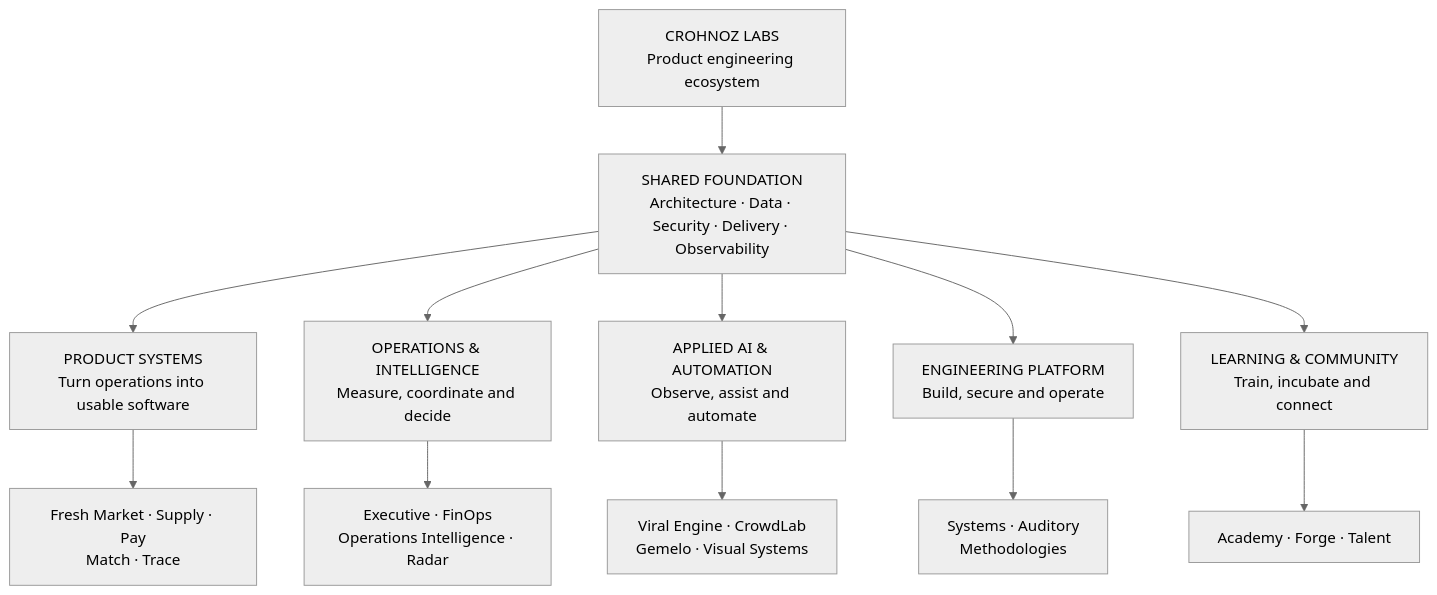
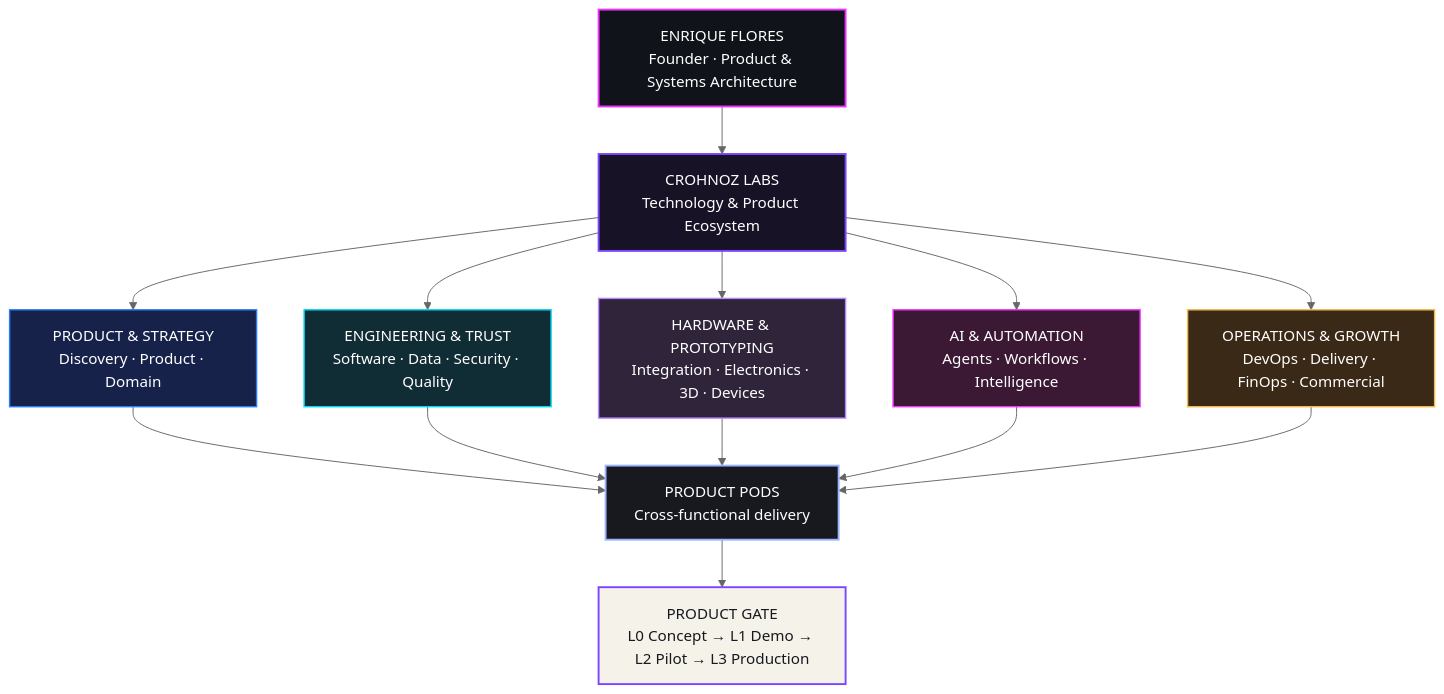
One commit to Crohnoz/Crohnoz changed the diagram in README.md. Above: the diagram before and after it, drawn with Mermaid (neutral theme). The commit also changed other lines of this file, not shown here.

````diff
--- a/README.md
+++ b/README.md
@@ -27,19 +27,41 @@
 ```mermaid
 flowchart TB
-    LAB["CROHNOZ LABS<br/>Product engineering ecosystem"]
-    FOUNDATION["SHARED FOUNDATION<br/>Architecture · Data · Security · Delivery · Observability"]
+    F["ENRIQUE FLORES<br/>Founder · Product & Systems Architecture"]
+    LAB["CROHNOZ LABS<br/>Technology & Product Ecosystem"]
 
-    LAB --> FOUNDATION
+    F --> LAB
 
-    FOUNDATION --> PRODUCT["PRODUCT SYSTEMS<br/>Turn operations into usable software"]
-    FOUNDATION --> OPS["OPERATIONS & INTELLIGENCE<br/>Measure, coordinate and decide"]
-    FOUNDATION --> AI["APPLIED AI & AUTOMATION<br/>Observe, assist and automate"]
-    FOUNDATION --> ENG["ENGINEERING PLATFORM<br/>Build, secure and operate"]
-    FOUNDATION --> COMMUNITY["LEARNING & COMMUNITY<br/>Train, incubate and connect"]
+    LAB --> P["PRODUCT & STRATEGY<br/>Discovery · Product · Domain"]
+    LAB --> E["ENGINEERING & TRUST<br/>Software · Data · Security · Quality"]
+    LAB --> H["HARDWARE & PROTOTYPING<br/>Integration · Electronics · 3D · Devices"]
+    LAB --> A["AI & AUTOMATION<br/>Agents · Workflows · Intelligence"]
+    LAB --> O["OPERATIONS & GROWTH<br/>DevOps · Delivery · FinOps · Commercial"]
 
-    PRODUCT --> PRODUCT_SET["Fresh Market · Supply · Pay<br/>Match · Trace"]
-    OPS --> OPS_SET["Executive · FinOps<br/>Operations Intelligence · Radar"]
-    AI --> AI_SET["Viral Engine · CrowdLab<br/>Gemelo · Visual Systems"]
-    ENG --> ENG_SET["Systems · Auditory<br/>Methodologies"]
-    COMMUNITY --> COMMUNITY_SET["Academy · Forge · Talent"]
+    P --> POD["PRODUCT PODS<br/>Cross-functional delivery"]
+    E --> POD
+    H --> POD
+    A --> POD
+    O --> POD
+
+    POD --> G["PRODUCT GATE<br/>L0 Concept → L1 Demo → L2 Pilot → L3 Production"]
+
+    classDef founder fill:#11131a,stroke:#EF32FF,color:#fff,stroke-width:2px;
+    classDef lab fill:#171226,stroke:#7B45FF,color:#fff,stroke-width:2px;
+    classDef product fill:#17224b,stroke:#287DFF,color:#fff,stroke-width:1.5px;
+    classDef engineering fill:#102c35,stroke:#00D9F5,color:#fff,stroke-width:1.5px;
+    classDef hardware fill:#2f2439,stroke:#b687ff,color:#fff,stroke-width:1.5px;
+    classDef ai fill:#3b1934,stroke:#EF32FF,color:#fff,stroke-width:1.5px;
+    classDef ops fill:#3a2917,stroke:#f0b94b,color:#fff,stroke-width:1.5px;
+    classDef pod fill:#17191f,stroke:#9bb2ff,color:#fff,stroke-width:2px;
+    classDef gate fill:#f5f2ea,stroke:#7B45FF,color:#17191f,stroke-width:2px;
+
+    class F founder;
+    class LAB lab;
+    class P product;
+    class E engineering;
+    class H hardware;
+    class A ai;
+    class O ops;
+    class POD pod;
+    class G gate;
 ```
````
